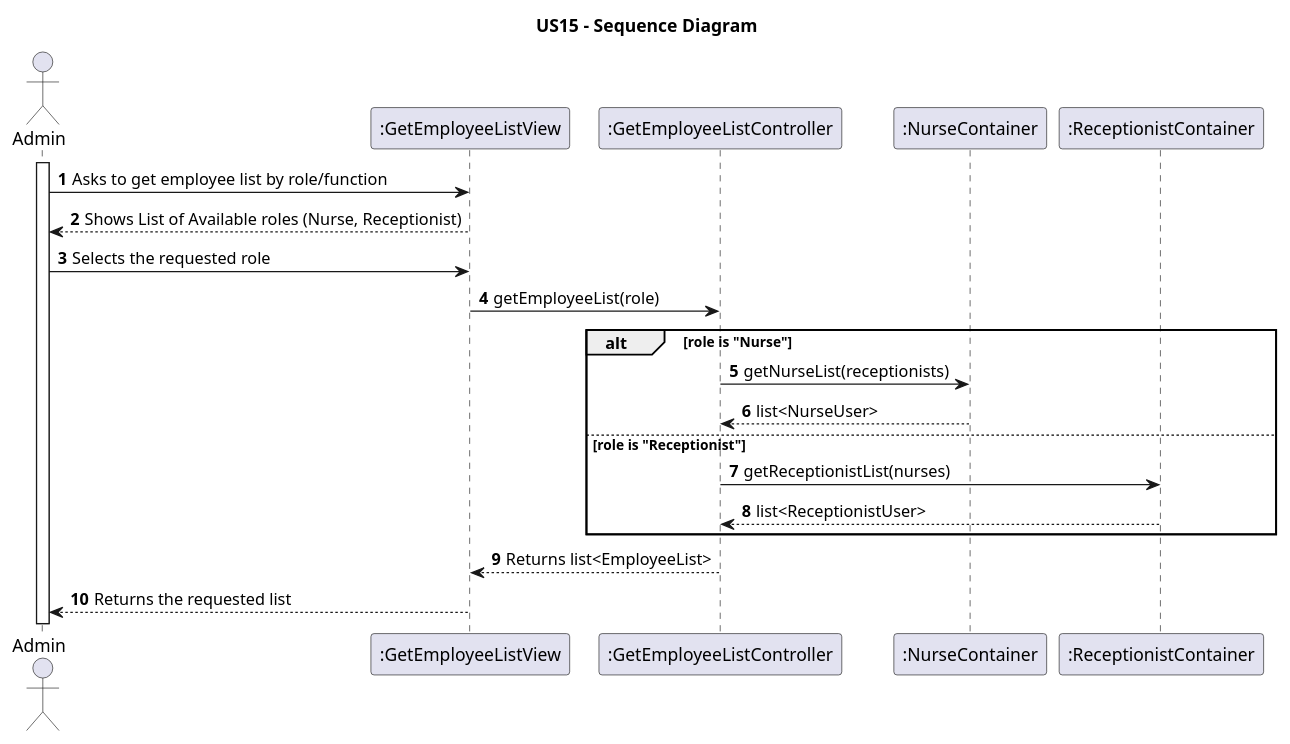
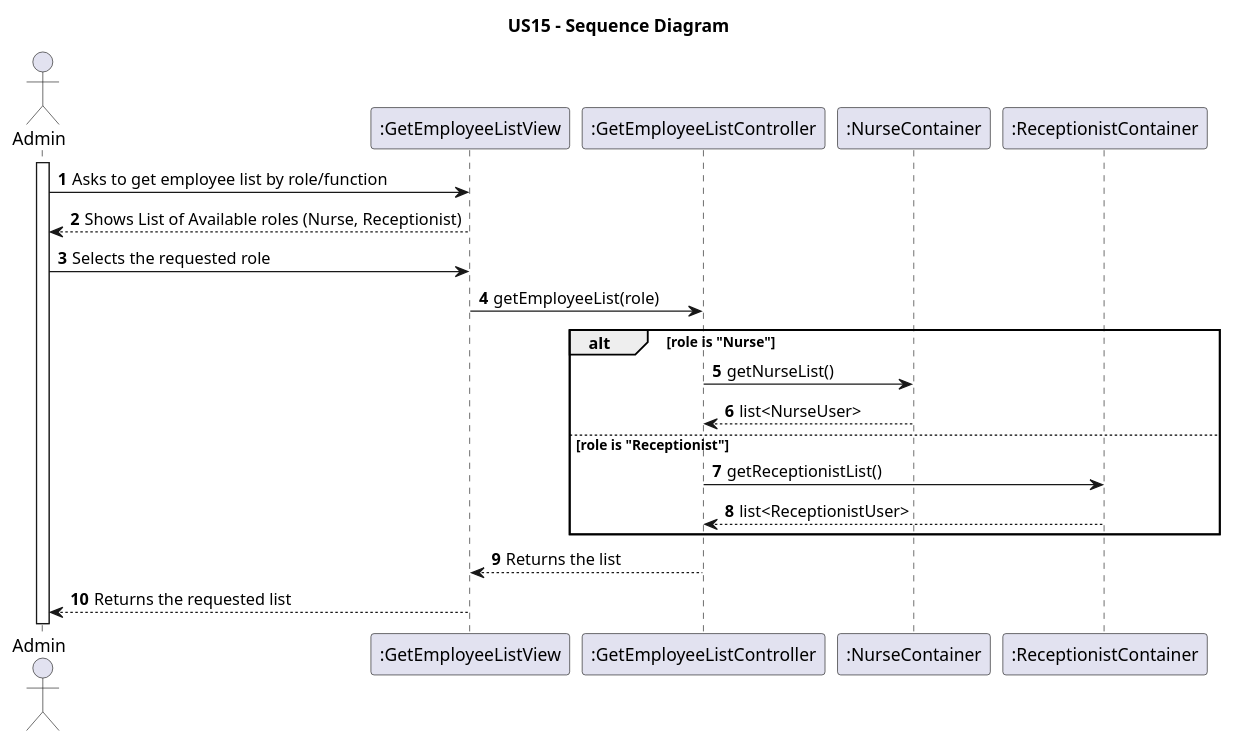
One commit to pedroguilherme-web/leti-esoft-25-26-A1 changed the diagram in docs/system-documentation/US15/puml/US15-SD.puml. Above: the diagram before and after it, drawn with PlantUML. The commit also changed 9 other files, not shown here.

Commit message:
- Criação dos Headers: NurseContainer.h e ReceptionistContainer.h - Alterações no CD, DM e SD da US15 juntamente com os seus SVG - Alteração no CMakeList para adicionar os novos headers

```diff
--- a/docs/system-documentation/US15/puml/US15-SD.puml
+++ b/docs/system-documentation/US15/puml/US15-SD.puml
@@ -1,29 +1,29 @@
 @startuml
 title US15 - Sequence Diagram
 
 actor "Admin" as Admin
 participant ":GetEmployeeListView" as View
 participant ":GetEmployeeListController" as Controller
 participant ":NurseContainer" as NurseRepo
 participant ":ReceptionistContainer" as RecRepo
 
 autonumber
 
 activate Admin
 Admin -> View: Asks to get employee list by role/function
 View --> Admin: Shows List of Available roles (Nurse, Receptionist)
 Admin -> View: Selects the requested role
 View -> Controller: getEmployeeList(role)
 
 alt role is "Nurse"
-    Controller -> NurseRepo: getNurseList(receptionists)
+    Controller -> NurseRepo: getNurseList()
     NurseRepo --> Controller: list<NurseUser>
 else role is "Receptionist"
-    Controller -> RecRepo: getReceptionistList(nurses)
+    Controller -> RecRepo: getReceptionistList()
     RecRepo --> Controller: list<ReceptionistUser>
 end
 
-Controller --> View: Returns list<EmployeeList>
+Controller --> View: Returns the list
 View --> Admin: Returns the requested list
 
 @enduml
```
